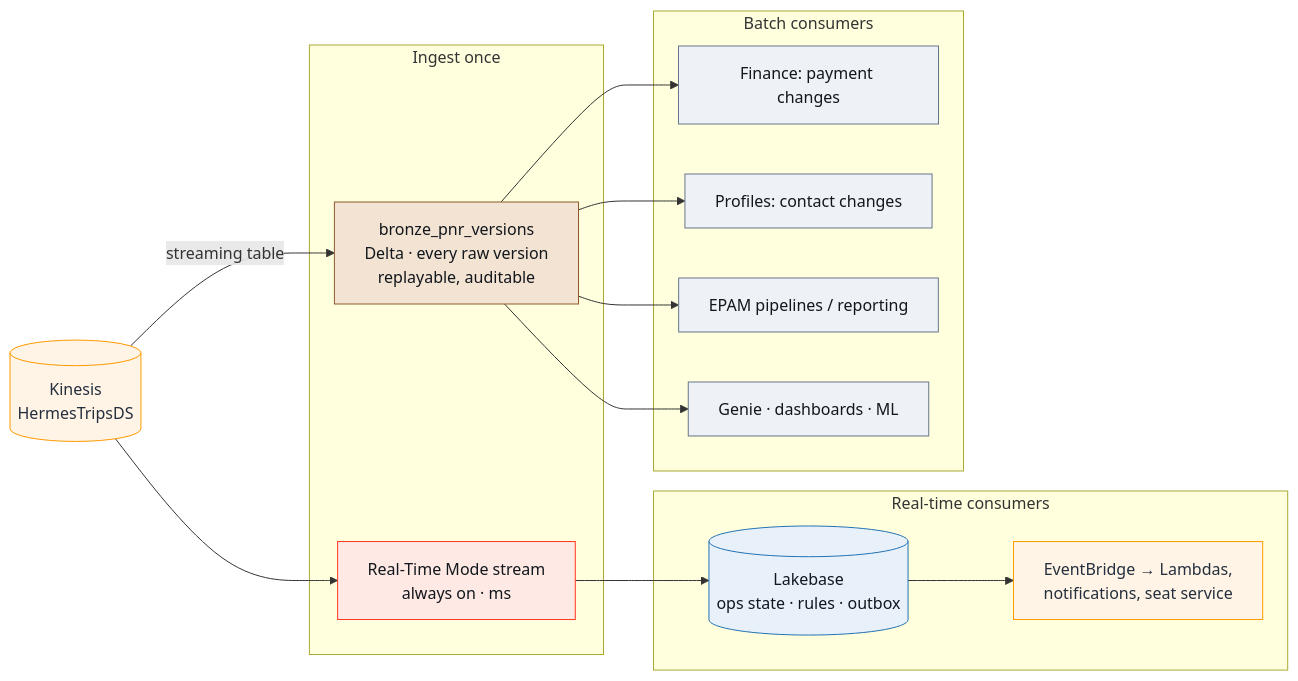
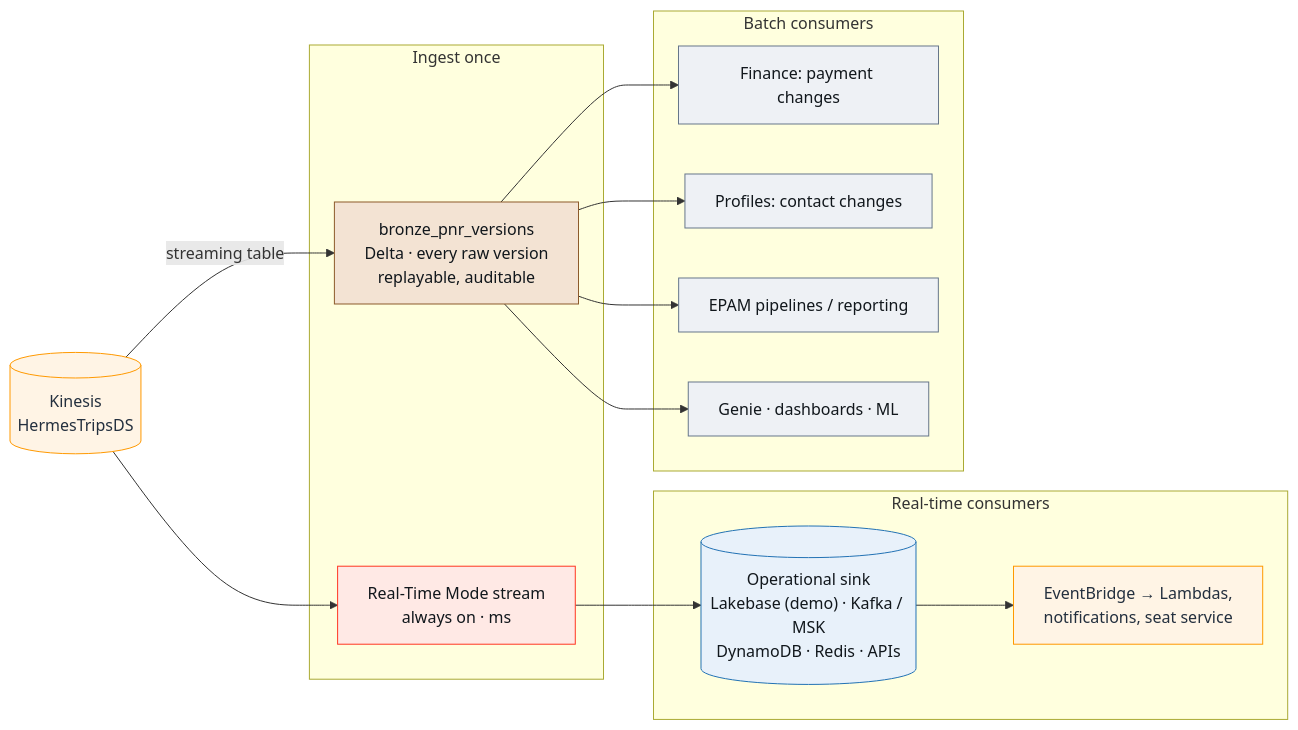
One commit to rohit-db/bcd-scheduled-changes-demo changed the diagram in docs/architecture/src/08_target_state.mmd. Above: the diagram before and after it, drawn with Mermaid. The commit also changed 14 other files, not shown here.

Commit message:
RTM per docs: pin DBR 18.2, Photon off, log built-in latency percentiles; docs: operational vs analytical framing, one-vs-two pipelines, sink options beyond Lakebase, shareable stories

```diff
--- a/docs/architecture/src/08_target_state.mmd
+++ b/docs/architecture/src/08_target_state.mmd
@@ -1,33 +1,33 @@
 flowchart LR
   classDef aws fill:#fff4e5,stroke:#ff9900,color:#232f3e
   classDef rt fill:#ffe9e5,stroke:#ff3621,color:#11171c
   classDef bronze fill:#f3e3d3,stroke:#8c5a2b,color:#11171c
   classDef cons fill:#eef1f5,stroke:#66768a,color:#11171c
   classDef store fill:#e8f1fa,stroke:#2272b4,color:#11171c
 
   K[("Kinesis<br/>HermesTripsDS")]:::aws
 
   subgraph ING["Ingest once"]
     RTM["Real-Time Mode stream<br/>always on · ms"]:::rt
     BZ["bronze_pnr_versions<br/>Delta · every raw version<br/>replayable, auditable"]:::bronze
   end
 
   subgraph MS["Real-time consumers"]
-    LB[("Lakebase<br/>ops state · rules · outbox")]:::store
+    LB[("Operational sink<br/>Lakebase (demo) · Kafka / MSK<br/>DynamoDB · Redis · APIs")]:::store
     EB["EventBridge → Lambdas,<br/>notifications, seat service"]:::aws
   end
 
   subgraph BATCH["Batch consumers"]
     C1["Finance: payment changes"]:::cons
     C2["Profiles: contact changes"]:::cons
     C3["EPAM pipelines / reporting"]:::cons
     C4["Genie · dashboards · ML"]:::cons
   end
 
   K --> RTM
   K -->|"streaming table"| BZ
   RTM --> LB --> EB
   BZ --> C1
   BZ --> C2
   BZ --> C3
   BZ --> C4
```
